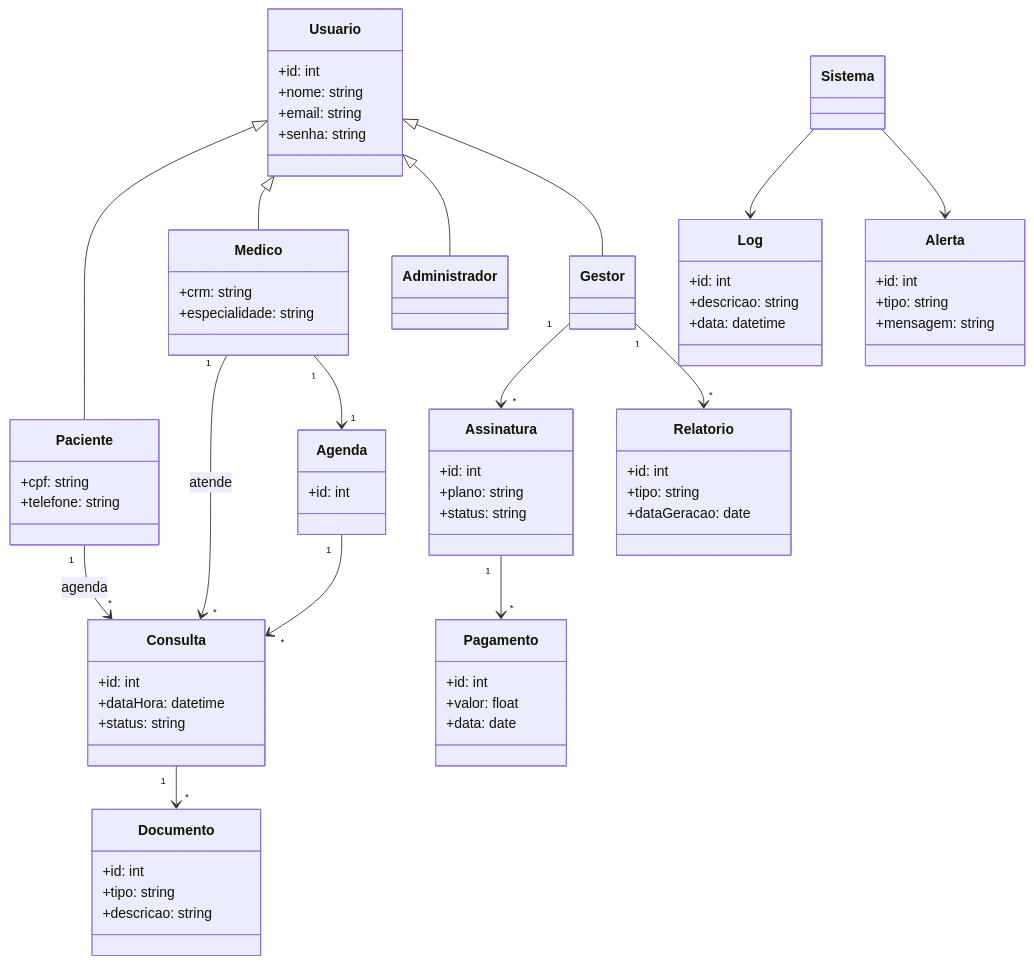
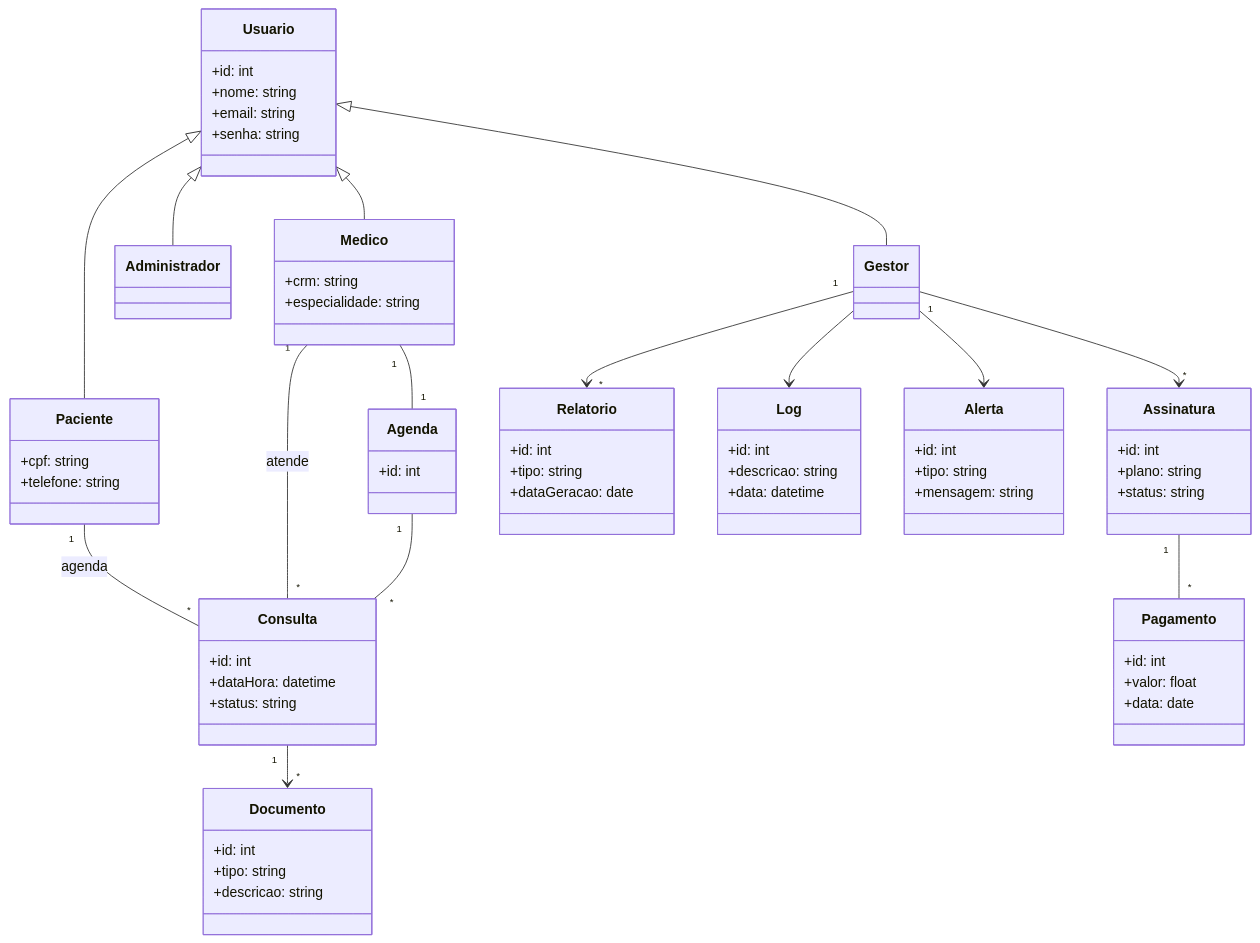
The diagram in docs/diagrama de classe.md (InsaneCaio/eng-soft-2026-1), drawn with Mermaid before and after one commit.

Commit message:
Update class diagram relationships in documentation

````diff
--- a/docs/diagrama de classe.md
+++ b/docs/diagrama de classe.md
@@ -49,11 +49,11 @@
     +id: int
 }
 
-Paciente "1" --> "*" Consulta : agenda
-Medico "1" --> "*" Consulta : atende
+Paciente "1" -- "*" Consulta : agenda
+Medico "1" -- "*" Consulta : atende
 
-Medico "1" --> "1" Agenda
-Agenda "1" --> "*" Consulta
+Medico "1" -- "1" Agenda
+Agenda "1" -- "*" Consulta
 
 %% =======================
 %% DOCUMENTOS MÉDICOS
@@ -83,7 +83,7 @@
     +data: date
 }
 
-Assinatura "1" --> "*" Pagamento
+Assinatura "1" -- "*" Pagamento
 Gestor "1" --> "*" Assinatura
 
 %% =======================
@@ -114,9 +114,7 @@
     +mensagem: string
 }
 
-Sistema --> Log
-Sistema --> Alerta
+Gestor --> Log
+Gestor --> Alerta
 
-class Sistema {
-}
 ```
````
